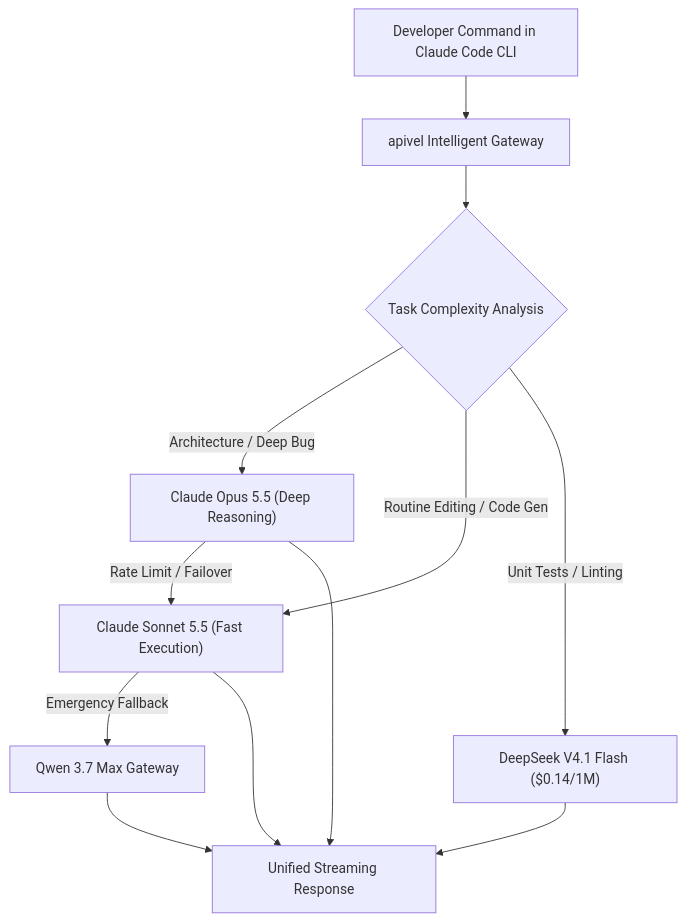
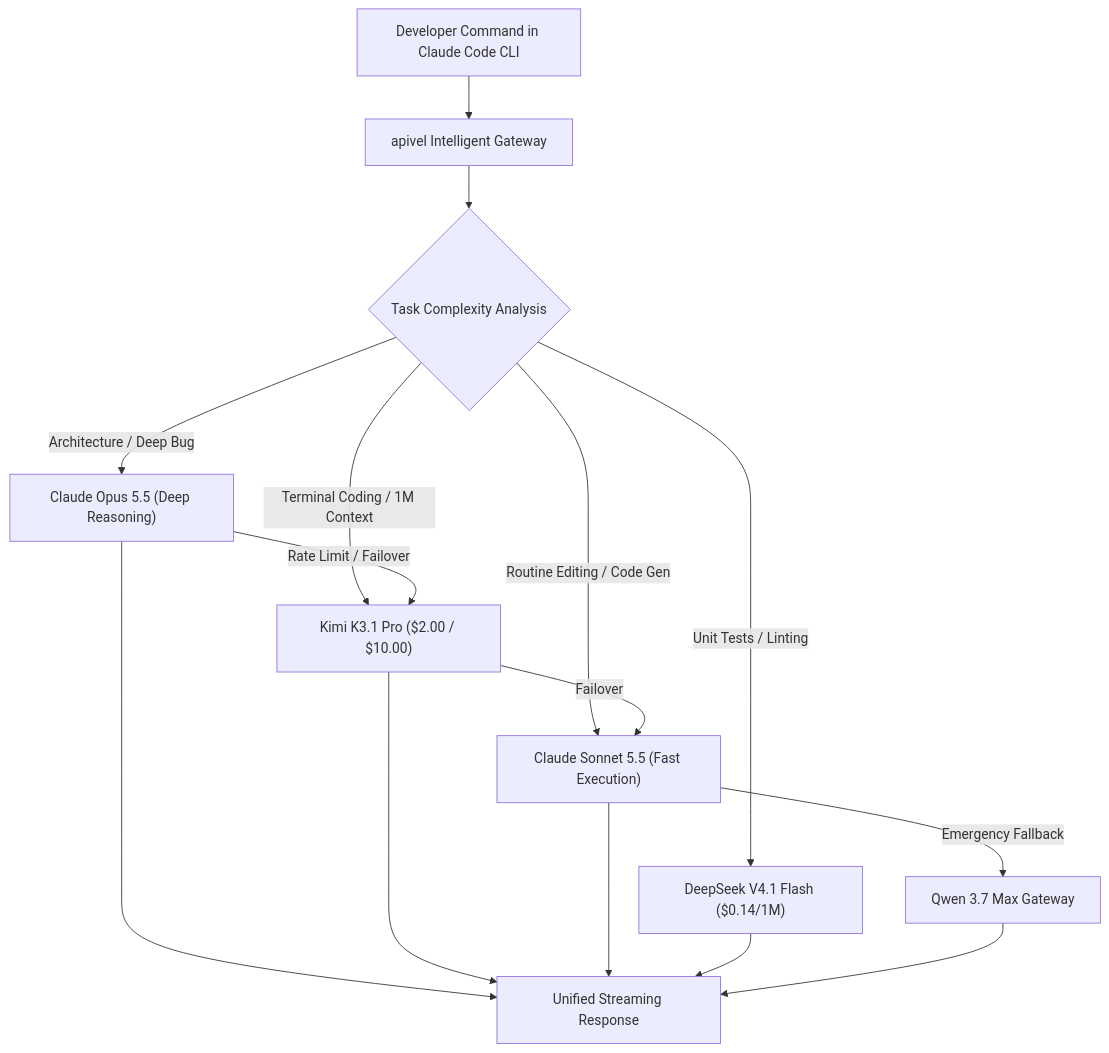
Before and after one commit to bshx2024/apivel_blog: the diagram in src/content/blog/claude-opus-5-5-price-limits-claude-code.md, drawn with Mermaid. The commit also changed other lines of this file and 9 other files, not shown here.

Commit message:
feat(blog): publish Kimi K3.1 Pro pricing benchmarks and API access guide with bidirectional mesh

````diff
--- a/src/content/blog/claude-opus-5-5-price-limits-claude-code.md
+++ b/src/content/blog/claude-opus-5-5-price-limits-claude-code.md
@@ -108,14 +109,18 @@
 ```mermaid
 flowchart TD
     A["Developer Command in Claude Code CLI"] --> B["apivel Intelligent Gateway"]
-    B --> C{"Task Complexity Analysis"}
+    C{"Task Complexity Analysis"}
+    B --> C
     C -->|"Architecture / Deep Bug"| D["Claude Opus 5.5 (Deep Reasoning)"]
+    C -->|"Terminal Coding / 1M Context"| K["Kimi K3.1 Pro ($2.00 / $10.00)"]
     C -->|"Routine Editing / Code Gen"| E["Claude Sonnet 5.5 (Fast Execution)"]
     C -->|"Unit Tests / Linting"| F["DeepSeek V4.1 Flash ($0.14/1M)"]
-    D -->|"Rate Limit / Failover"| E
+    D -->|"Rate Limit / Failover"| K
+    K -->|"Failover"| E
     E -->|"Emergency Fallback"| G["Qwen 3.7 Max Gateway"]
     D --> H["Unified Streaming Response"]
+    K --> H
     E --> H
     F --> H
     G --> H
 ```
````
